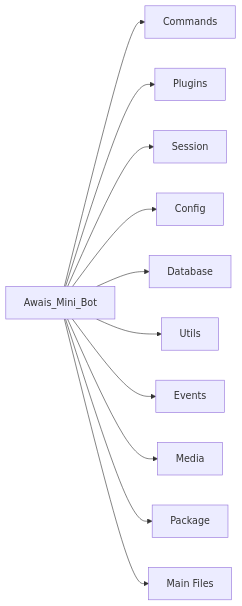
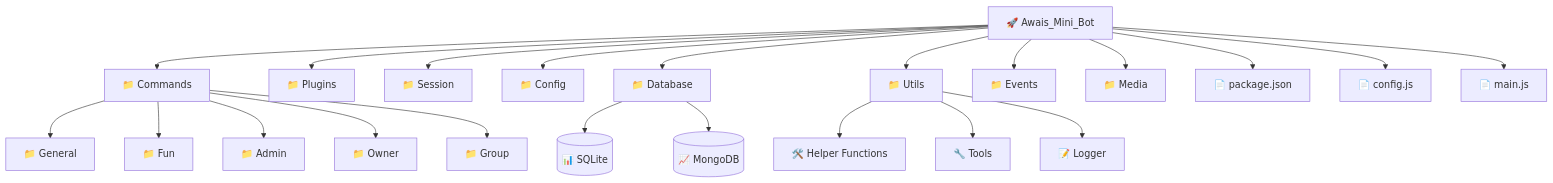
One commit to awaiscyber25-bot/Awais_Mini_Bot changed the diagram in README.md. Above: the diagram before and after it, drawn with Mermaid. The commit also changed other lines of this file, not shown here.

````diff
--- a/README.md
+++ b/README.md
@@ -127,13 +171,27 @@
 ```mermaid
-graph LR
-    A[Awais_Mini_Bot] --> B[Commands]
-    A --> C[Plugins]
-    A --> D[Session]
-    A --> E[Config]
-    A --> F[Database]
-    A --> G[Utils]
-    A --> H[Events]
-    A --> I[Media]
-    A --> J[Package]
-    A --> K[Main Files]
+graph TD
+    A[🚀 Awais_Mini_Bot] --> B[📁 Commands]
+    A --> C[📁 Plugins]
+    A --> D[📁 Session]
+    A --> E[📁 Config]
+    A --> F[📁 Database]
+    A --> G[📁 Utils]
+    A --> H[📁 Events]
+    A --> I[📁 Media]
+    A --> J[📄 package.json]
+    A --> K[📄 config.js]
+    A --> L[📄 main.js]
+    
+    B --> B1[📁 General]
+    B --> B2[📁 Fun]
+    B --> B3[📁 Admin]
+    B --> B4[📁 Owner]
+    B --> B5[📁 Group]
+    
+    F --> F1[(📊 SQLite)]
+    F --> F2[(📈 MongoDB)]
+    
+    G --> G1[🛠️ Helper Functions]
+    G --> G2[🔧 Tools]
+    G --> G3[📝 Logger]
 ```
````
